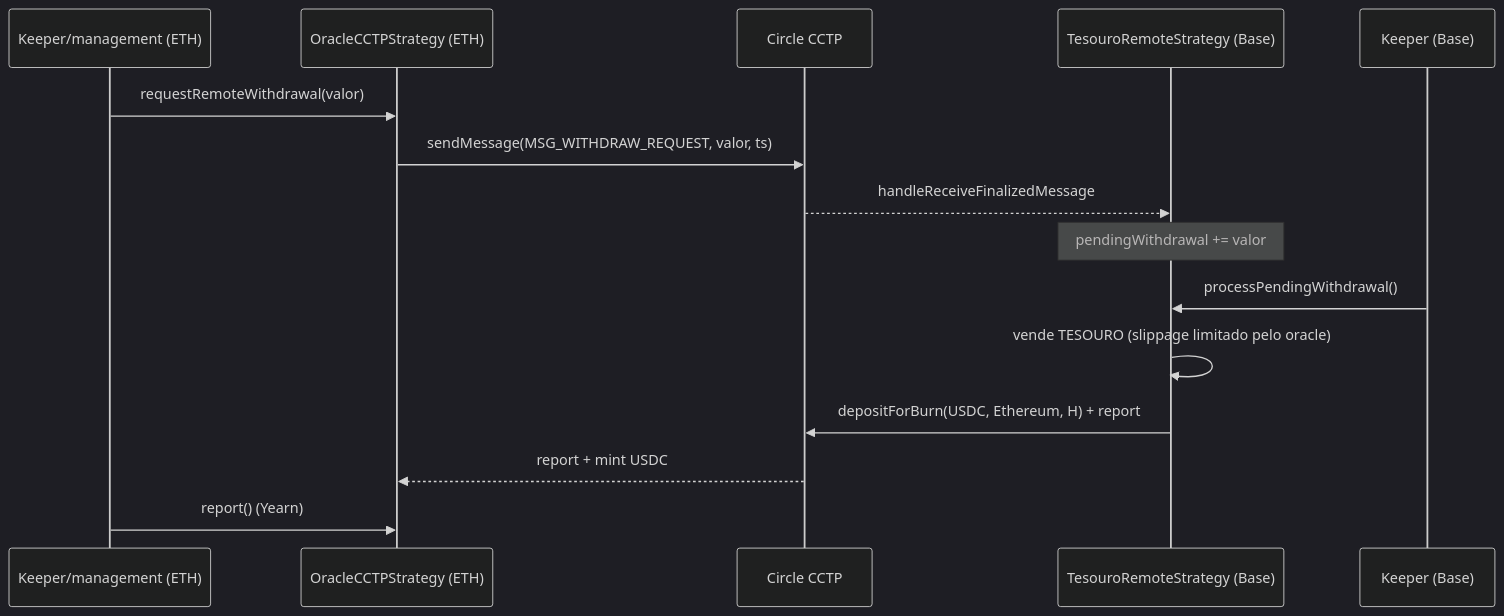
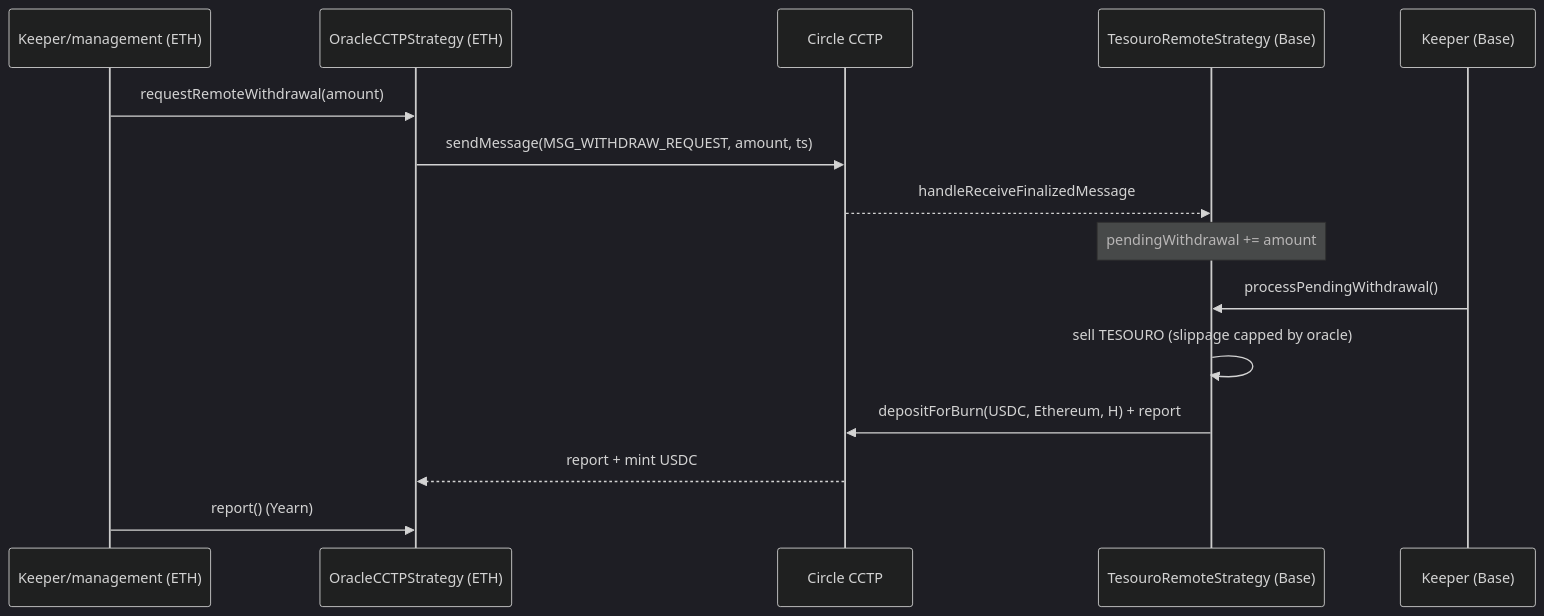
The third of 3 diagrams in docs/USD_HUB_TESOURO.md (matheus1lva/tokenized-cctp), drawn with Mermaid (dark theme) before and after one commit. The commit also changed other lines of this file and 1 other file, not shown here.

Commit message:
docs: translate USD hub TESOURO doc to English

````diff
--- a/docs/USD_HUB_TESOURO.md
+++ b/docs/USD_HUB_TESOURO.md
@@ -77,17 +77,17 @@
 ```mermaid
 sequenceDiagram
     participant K as Keeper/management (ETH)
     participant H as OracleCCTPStrategy (ETH)
     participant C as Circle CCTP
     participant R as TesouroRemoteStrategy (Base)
     participant RK as Keeper (Base)
-    K->>H: requestRemoteWithdrawal(valor)
-    H->>C: sendMessage(MSG_WITHDRAW_REQUEST, valor, ts)
+    K->>H: requestRemoteWithdrawal(amount)
+    H->>C: sendMessage(MSG_WITHDRAW_REQUEST, amount, ts)
     C-->>R: handleReceiveFinalizedMessage
-    Note over R: pendingWithdrawal += valor
+    Note over R: pendingWithdrawal += amount
     RK->>R: processPendingWithdrawal()
-    R->>R: vende TESOURO (slippage limitado pelo oracle)
+    R->>R: sell TESOURO (slippage capped by oracle)
     R->>C: depositForBurn(USDC, Ethereum, H) + report
     C-->>H: report + mint USDC
     K->>H: report() (Yearn)
 ```
````
